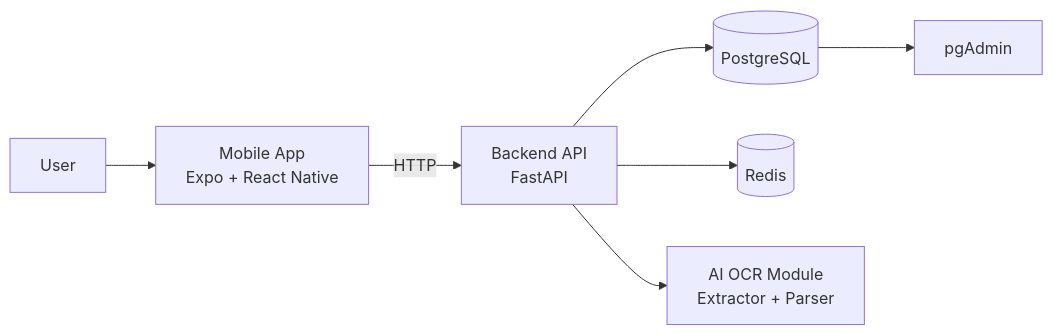
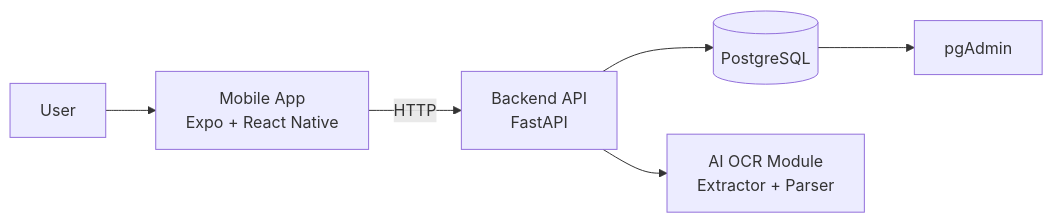
One commit to in4tech/expense-ai changed the first of 2 diagrams in README.md. Above: the diagram before and after it, drawn with Mermaid. The commit also changed other lines of this file and 1 other file, not shown here.

Commit message:
New updates.

````diff
--- a/README.md
+++ b/README.md
@@ -7,9 +7,8 @@
 ```mermaid
 flowchart LR
   U[User] --> M[Mobile App<br/>Expo + React Native]
   M -->|HTTP| B[Backend API<br/>FastAPI]
   B --> DB[(PostgreSQL)]
-  B --> R[(Redis)]
   B --> A[AI OCR Module<br/>Extractor + Parser]
   DB --> P[pgAdmin]
 ```
````
